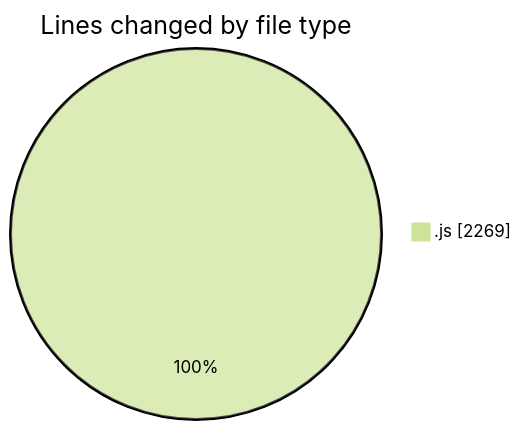
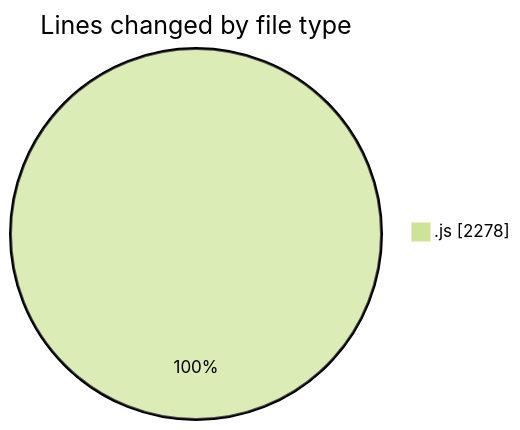
The first of 2 diagrams in 2025-09-26/nxtqube_webapp/README.md (nxtqubesakshisongat/code-tracking), drawn with Mermaid (forest theme) before and after one commit. The commit also changed other lines of this file and 1 other file, not shown here.

````diff
--- a/2025-09-26/nxtqube_webapp/README.md
+++ b/2025-09-26/nxtqube_webapp/README.md
@@ -21,5 +21,5 @@
 ```mermaid
 pie showData
 title Lines changed by file type
-".js" : 2269
+".js" : 2278
 ```
````
